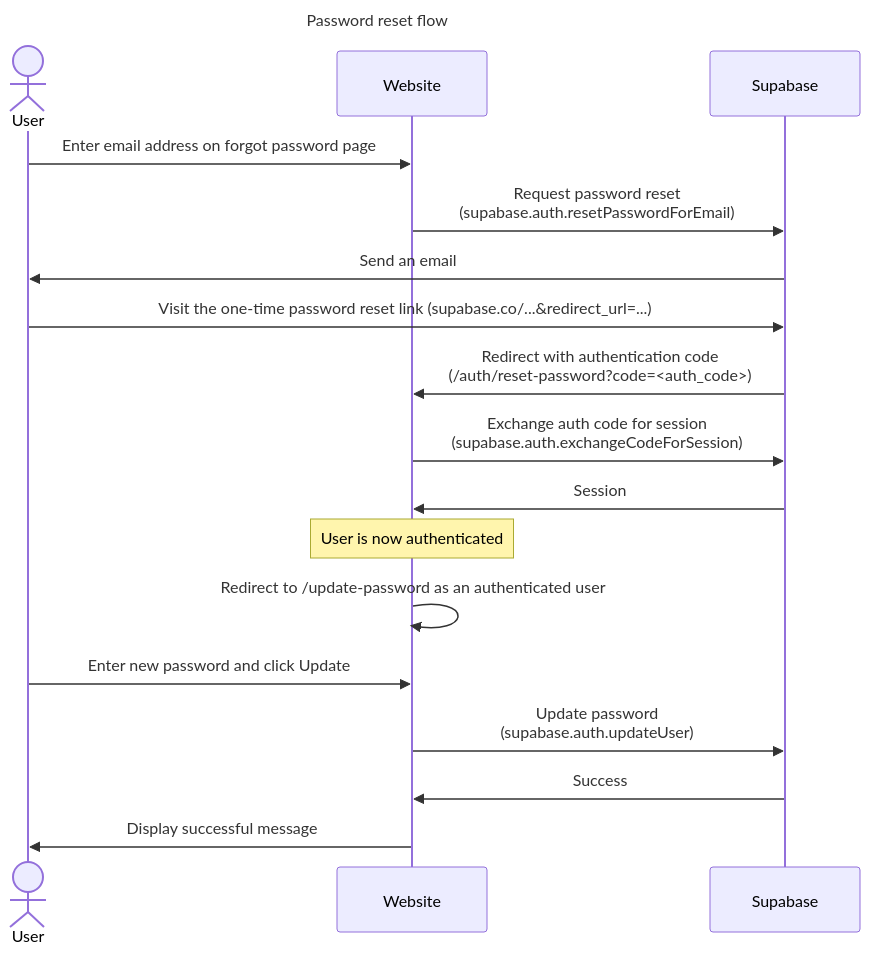
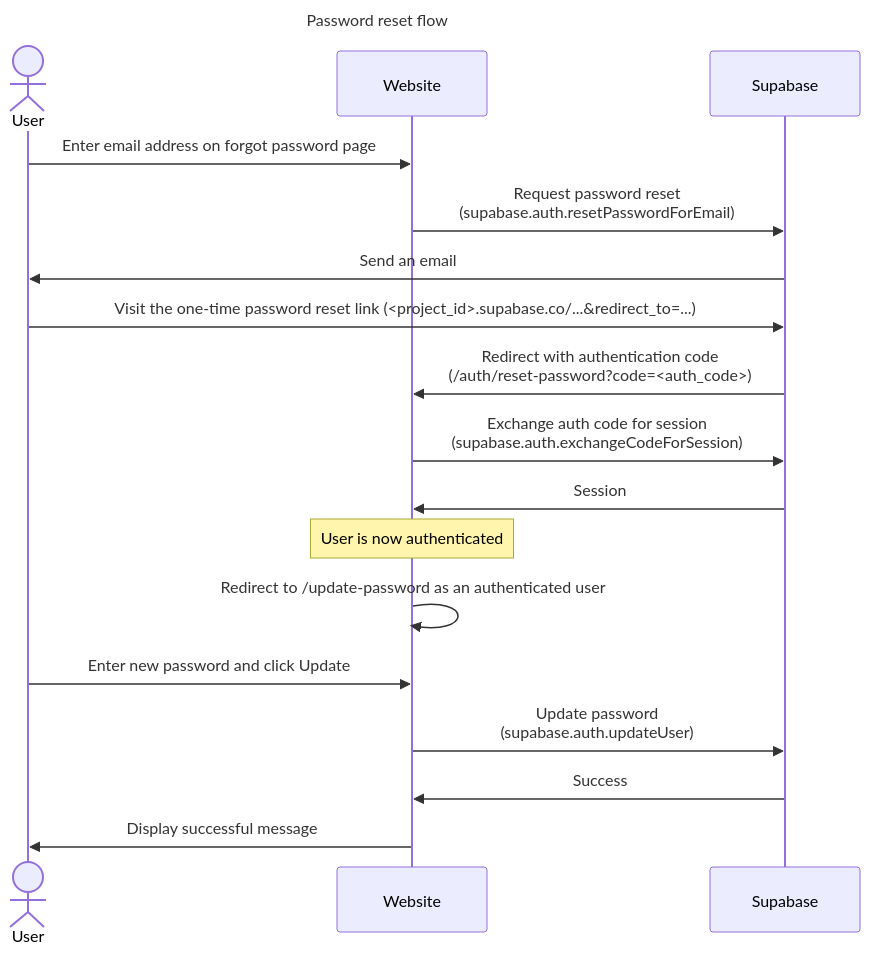
Before and after one commit to NorwoodAndBrixtonFoodbank/nbf-website: the diagram in docs/password-reset-flow.md, drawn with Mermaid. The commit also changed 2 other files, not shown here.

Commit message:
NONE: Add invite user flow chart

````diff
--- a/docs/password-reset-flow.md
+++ b/docs/password-reset-flow.md
@@ -3,25 +3,25 @@
 ```mermaid
 sequenceDiagram
     
 title Password reset flow
 
 actor User
 
 participant Website
 participant Supabase
 
 User->>Website:Enter email address on forgot password page
 Website->>Supabase:Request password reset<br/>(supabase.auth.resetPasswordForEmail)
 Supabase->>User: Send an email
-User->>Supabase: Visit the one-time password reset link (supabase.co/...&redirect_url=...)
+User->>Supabase: Visit the one-time password reset link (<project_id>.supabase.co/...&redirect_to=...)
 Supabase->>Website: Redirect with authentication code<br/>(/auth/reset-password?code=<auth_code>)
 Website->>Supabase:Exchange auth code for session<br/>(supabase.auth.exchangeCodeForSession)
 Supabase->>Website:Session
 note over Website:User is now authenticated
 Website->>Website:Redirect to /update-password as an authenticated user
 User->>Website:Enter new password and click Update
 Website->>Supabase:Update password<br/>(supabase.auth.updateUser)
 Supabase->>Website:Success
 Website->>User:Display successful message
 
 ```
````
